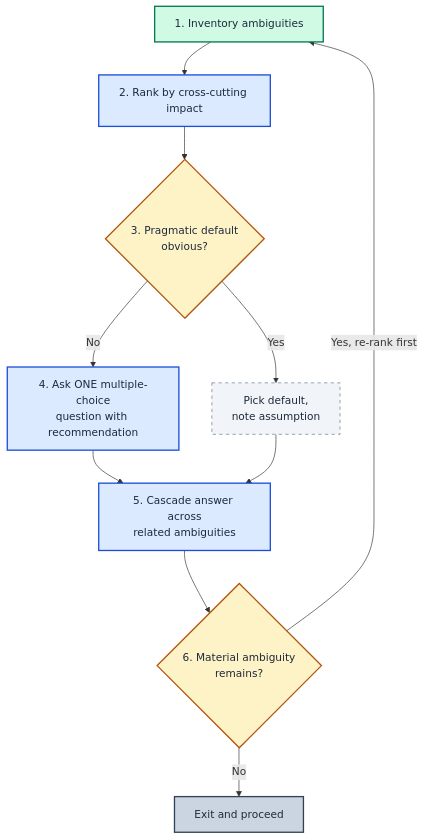
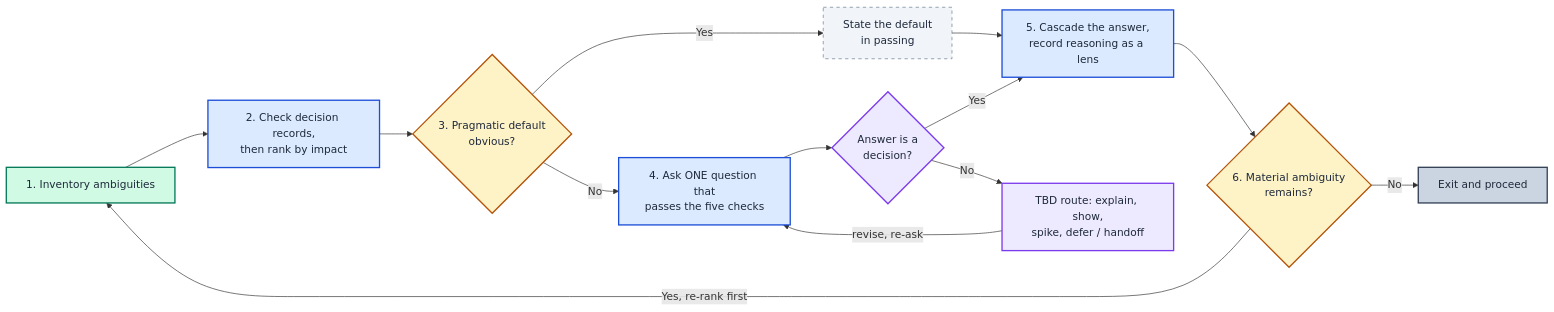
One commit to neozenith/agentic-dotfiles changed the first of 2 diagrams in skills/concise-decisions/README.md. Above: the diagram before and after it, drawn with Mermaid. The commit also changed other lines of this file and 47 other files, not shown here.

Commit message:
update concise decisions and mermaidjs-diagrams skills

````diff
--- a/skills/concise-decisions/README.md
+++ b/skills/concise-decisions/README.md
@@ -10,27 +58,30 @@
 ```mermaid
-flowchart TD
-    A[1. Inventory ambiguities]:::stateStart
-    B[2. Rank by cross-cutting impact]:::stateActive
-    C{3. Pragmatic default<br/>obvious?}:::stateWaiting
-    D[Pick default,<br/>note assumption]:::stateShortcut
-    E[4. Ask ONE multiple-choice<br/>question with recommendation]:::stateActive
-    F[5. Cascade answer across<br/>related ambiguities]:::stateActive
-    G{6. Material ambiguity<br/>remains?}:::stateWaiting
-    H[Exit and proceed]:::stateEnd
+flowchart LR
+    A["1. Inventory ambiguities"]:::stateStart
+    B["2. Check decision records,<br/>then rank by impact"]:::stateActive
+    C{"3. Pragmatic default<br/>obvious?"}:::stateWaiting
+    D["State the default<br/>in passing"]:::stateShortcut
+    E["4. Ask ONE question that<br/>passes the five checks"]:::stateActive
+    U{"Answer is a<br/>decision?"}:::stateUser
+    T["TBD route: explain, show,<br/>spike, defer / handoff"]:::stateUser
+    F["5. Cascade the answer,<br/>record reasoning as a lens"]:::stateActive
+    G{"6. Material ambiguity<br/>remains?"}:::stateWaiting
+    H["Exit and proceed"]:::stateEnd
 
-    A --> B
-    B --> C
-    C -- Yes --> D
-    C -- No --> E
-    E --> F
-    D --> F
+    A --> B --> C
+    C -- Yes --> D --> F
+    C -- No --> E --> U
+    U -- Yes --> F
+    U -- No --> T
+    T -- revise, re-ask --> E
     F --> G
     G -- Yes, re-rank first --> A
     G -- No --> H
 
     classDef stateStart    fill:#d1fae5,stroke:#047857,color:#1e293b,stroke-width:2px
     classDef stateActive   fill:#dbeafe,stroke:#1d4ed8,color:#1e293b,stroke-width:2px
     classDef stateWaiting  fill:#fef3c7,stroke:#b45309,color:#1e293b,stroke-width:2px
+    classDef stateUser     fill:#ede9fe,stroke:#7c3aed,color:#1e293b,stroke-width:2px
     classDef stateShortcut fill:#f1f5f9,stroke:#64748b,color:#1e293b,stroke-width:1px,stroke-dasharray:5 5
     classDef stateEnd      fill:#cbd5e1,stroke:#334155,color:#1e293b,stroke-width:2px
 ```
````
